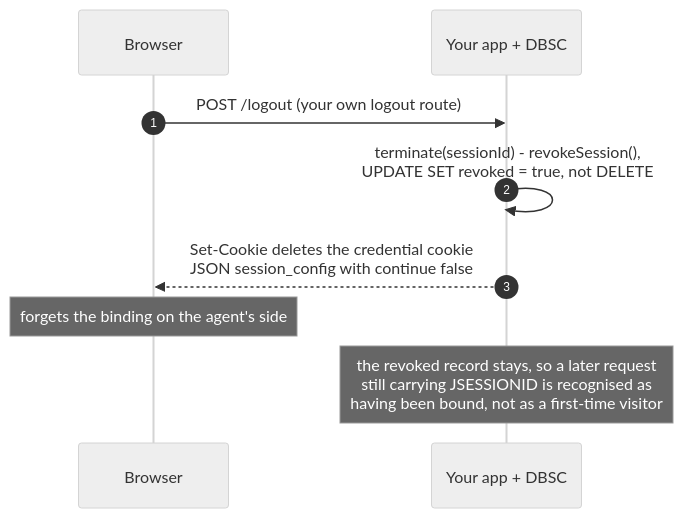
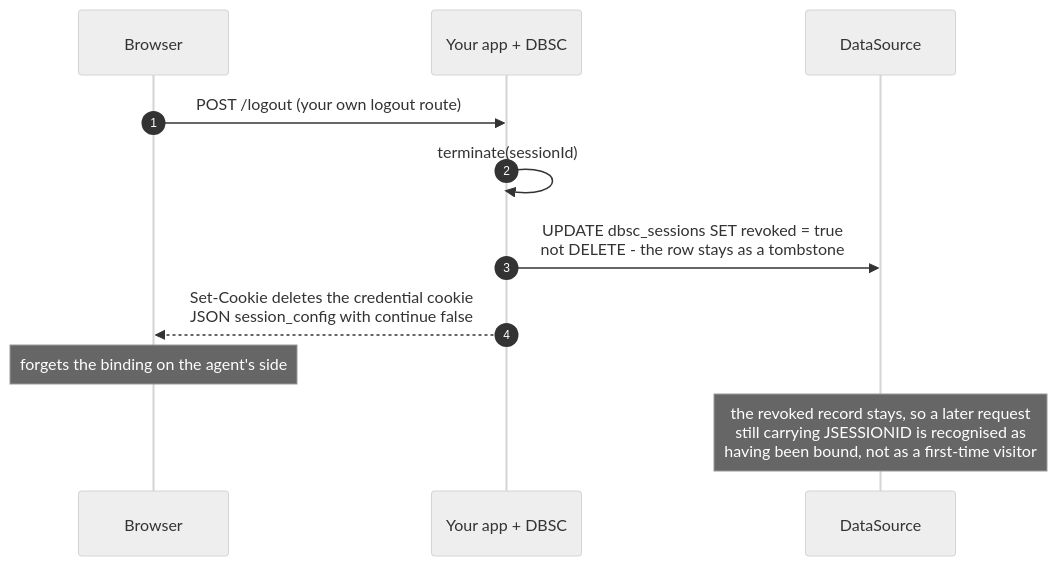
Before and after one commit to yuukioosaka/spring-dbsc: the seventh of 12 diagrams in README.md, drawn with Mermaid (neutral theme). The commit also changed other lines of this file, not shown here.

First line of the commit message:
README: fix the login/registration cookie story and add storage to the diagrams

````diff
--- a/README.md
+++ b/README.md
@@ -647,12 +686,14 @@
 ```mermaid
 sequenceDiagram
     autonumber
     participant B as Browser
     participant S as Your app + DBSC
+    participant D as DataSource
 
     B->>S: POST /logout  (your own logout route)
-    S->>S: terminate(sessionId) - revokeSession(),<br/>UPDATE SET revoked = true, not DELETE
+    S->>S: terminate(sessionId)
+    S->>D: UPDATE dbsc_sessions SET revoked = true<br/>not DELETE - the row stays as a tombstone
     S-->>B: Set-Cookie deletes the credential cookie<br/>JSON session_config with continue false
     Note over B: forgets the binding on the agent's side
-    Note over S: the revoked record stays, so a later request<br/>still carrying JSESSIONID is recognised as<br/>having been bound, not as a first-time visitor
+    Note over D: the revoked record stays, so a later request<br/>still carrying JSESSIONID is recognised as<br/>having been bound, not as a first-time visitor
 ```
````
